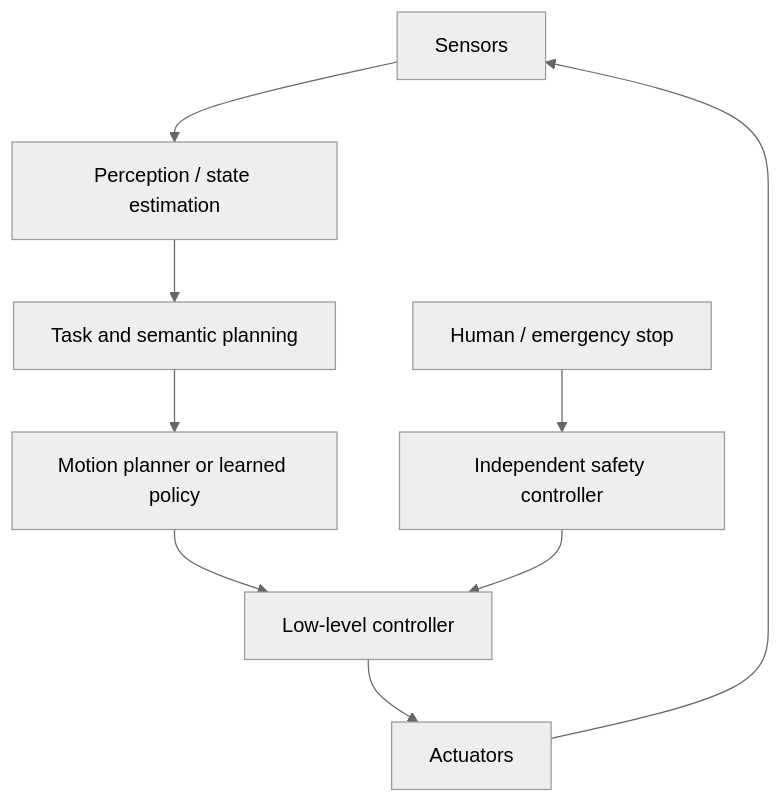
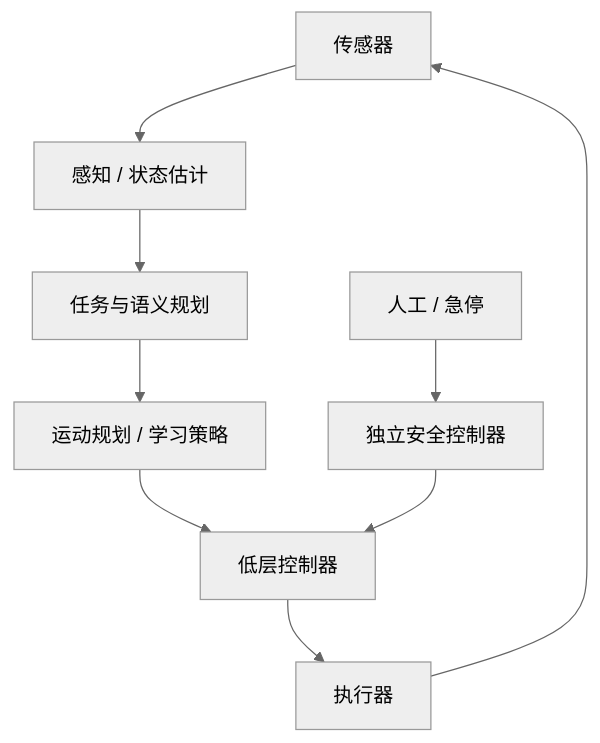
Before and after one commit to NightLemon/about-llm: the diagram in docs/frontier/embodied-computer-use.md, drawn with Mermaid (neutral theme). The commit also changed other lines of this file and 167 other files, not shown here.

````diff
--- a/docs/frontier/embodied-computer-use.md
+++ b/docs/frontier/embodied-computer-use.md
@@ -65,11 +65,11 @@
 ```mermaid
 flowchart TD
-    S["Sensors"] --> E["Perception / state estimation"]
-    E --> T["Task and semantic planning"]
-    T --> M["Motion planner or learned policy"]
-    M --> C["Low-level controller"]
-    C --> A["Actuators"]
+    S["传感器"] --> E["感知 / 状态估计"]
+    E --> T["任务与语义规划"]
+    T --> M["运动规划 / 学习策略"]
+    M --> C["低层控制器"]
+    C --> A["执行器"]
     A --> S
-    G["Independent safety controller"] --> C
-    H["Human / emergency stop"] --> G
+    G["独立安全控制器"] --> C
+    H["人工 / 急停"] --> G
 ```
````
